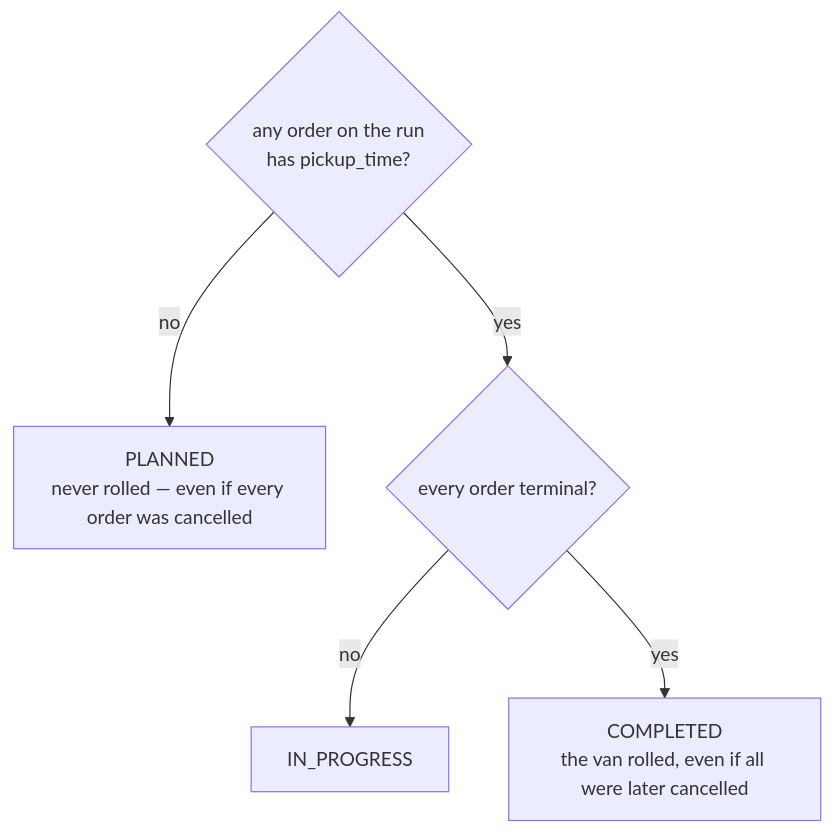
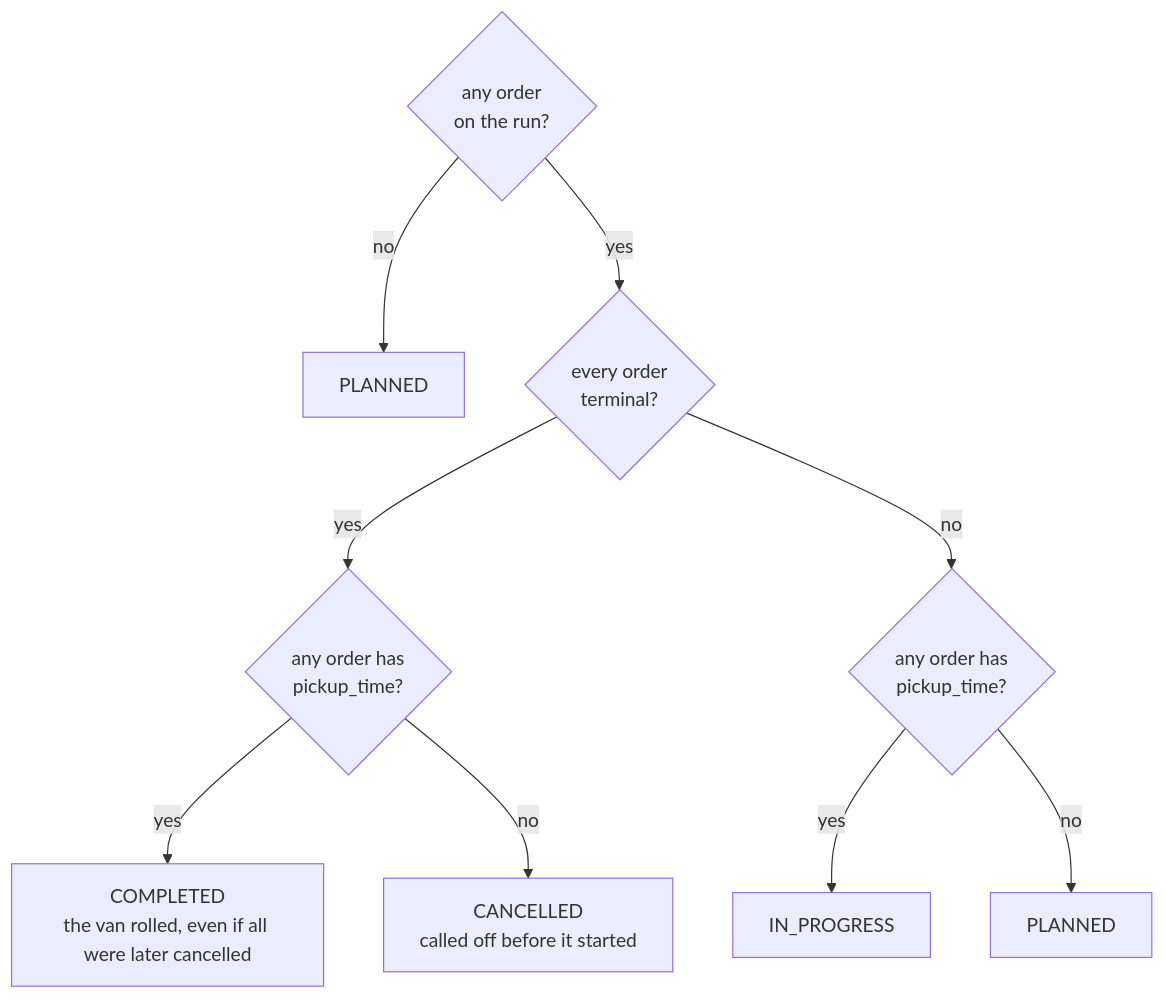
One commit to cropdoor/cropdoor-almanac changed the sixth of 6 diagrams in docs/domain/order-delivery-flow.md. Above: the diagram before and after it, drawn with Mermaid. The commit also changed other lines of this file and 4 other files, not shown here.

First line of the commit message:
docs(domain): a called-off van trip reads Cancelled; trip times come from the orders

````diff
--- a/docs/domain/order-delivery-flow.md
+++ b/docs/domain/order-delivery-flow.md
@@ -233,7 +233,11 @@
 ```mermaid
 flowchart TD
-    A{any order on the run<br/>has pickup_time?} -->|no| P[PLANNED<br/>never rolled — even if every order was cancelled]
-    A -->|yes| B{every order terminal?}
-    B -->|no| I[IN_PROGRESS]
-    B -->|yes| C[COMPLETED<br/>the van rolled, even if all were later cancelled]
+    E{any order<br/>on the run?} -->|no| P0[PLANNED]
+    E -->|yes| T{every order<br/>terminal?}
+    T -->|yes| K{any order has<br/>pickup_time?}
+    K -->|yes| C[COMPLETED<br/>the van rolled, even if all were later cancelled]
+    K -->|no| X[CANCELLED<br/>called off before it started]
+    T -->|no| A{any order has<br/>pickup_time?}
+    A -->|yes| I[IN_PROGRESS]
+    A -->|no| P[PLANNED]
 ```
````
